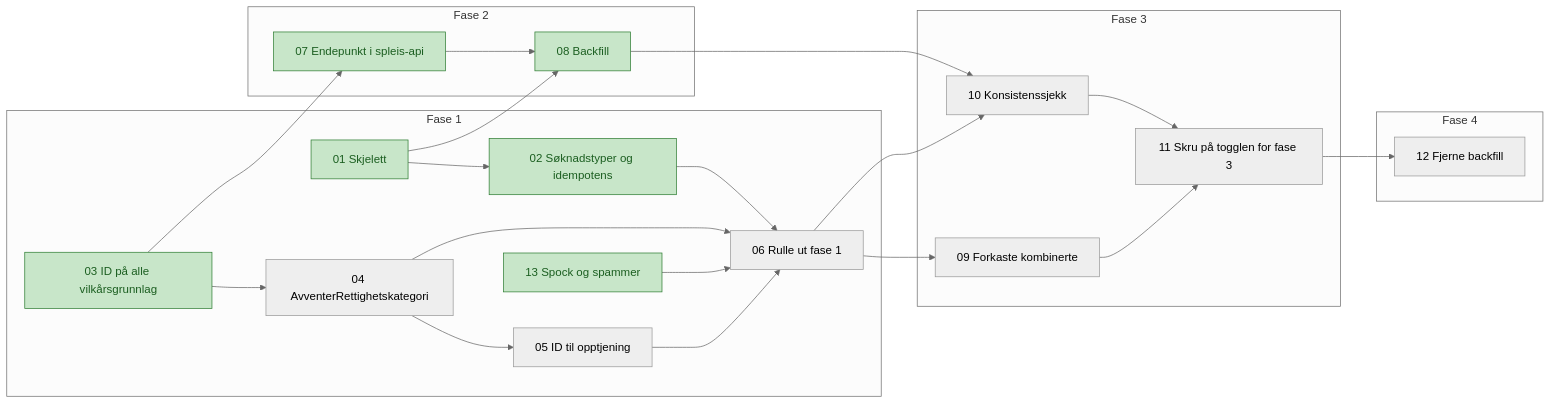
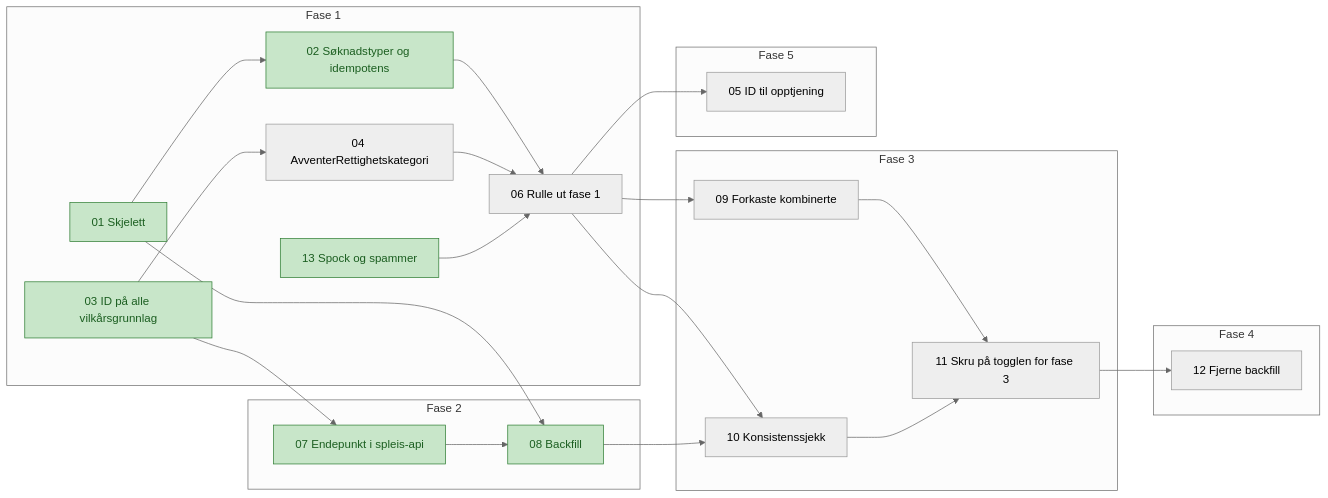
Before and after one commit to navikt/helse-sas-meta: the diagram in docs/tickets/avklare-rettighetskategori/index.md, drawn with Mermaid (neutral theme). The commit also changed other lines of this file and 3 other files, not shown here.

First line of the commit message:
📝 Flytt rettighetskategori-ID i opptjeningsbehovet til egen fase

````diff
--- a/docs/tickets/avklare-rettighetskategori/index.md
+++ b/docs/tickets/avklare-rettighetskategori/index.md
@@ -21,31 +21,33 @@
 ```mermaid
 flowchart LR
     subgraph F1[Fase 1]
         T01[01 Skjelett] --> T02[02 Søknadstyper og idempotens]
         T03[03 ID på alle vilkårsgrunnlag] --> T04[04 AvventerRettighetskategori]
-        T04 --> T05[05 ID til opptjening]
         T02 --> T06[06 Rulle ut fase 1]
         T04 --> T06
-        T05 --> T06
         T13[13 Spock og spammer] --> T06
     end
     subgraph F2[Fase 2]
         T07[07 Endepunkt i spleis-api] --> T08[08 Backfill]
     end
     subgraph F3[Fase 3]
         T09[09 Forkaste kombinerte] --> T11[11 Skru på togglen for fase 3]
         T10[10 Konsistenssjekk] --> T11
     end
     subgraph F4[Fase 4]
         T12[12 Fjerne backfill]
     end
+    subgraph F5[Fase 5]
+        T05[05 ID til opptjening]
+    end
+    T06 --> T05
     T03 --> T07
     T01 --> T08
     T06 --> T09
     T06 --> T10
     T08 --> T10
     T11 --> T12
 
     classDef ferdig fill:#c8e6c9,stroke:#2e7d32,color:#1b5e20
     class T01,T02,T03,T07,T08,T13 ferdig
 ```
````
